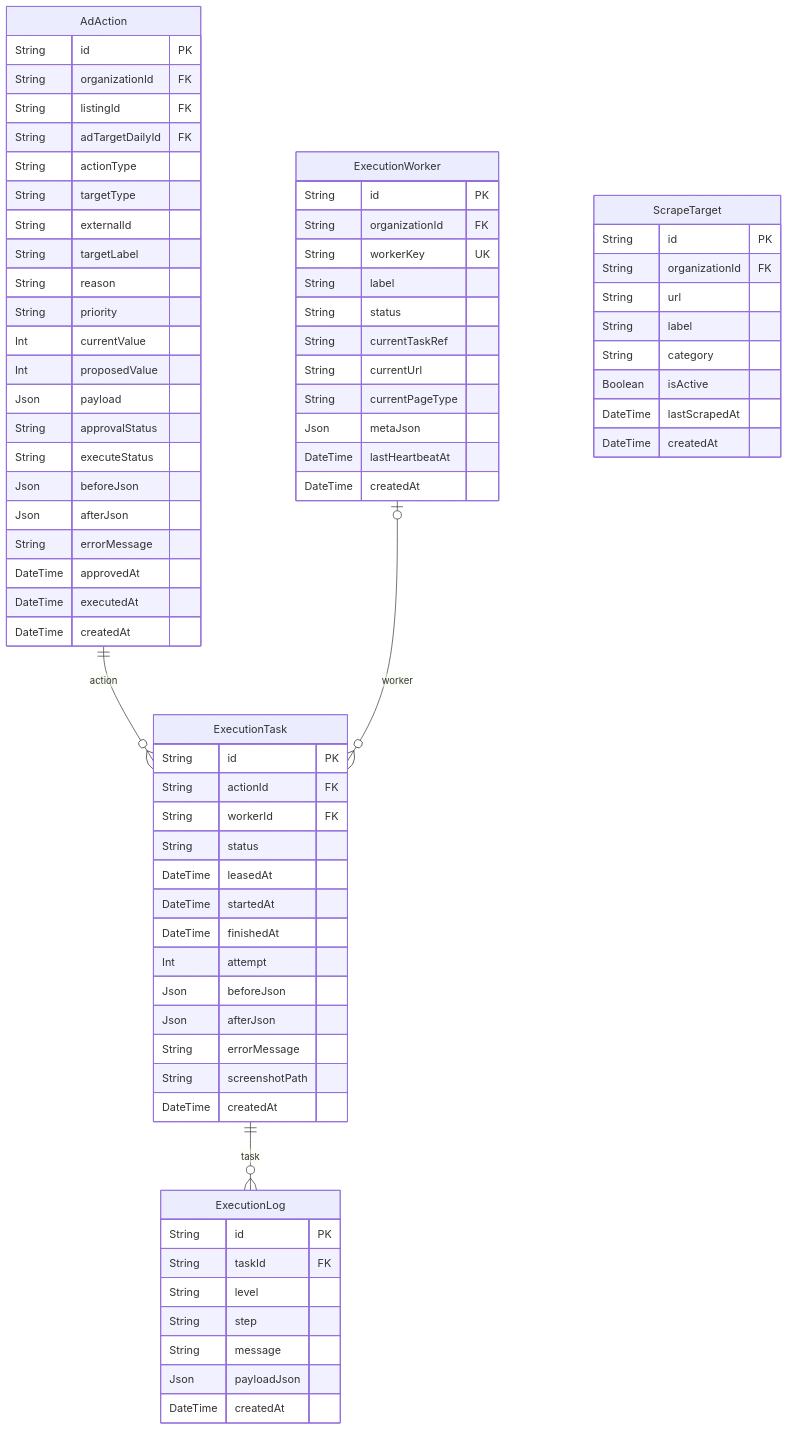
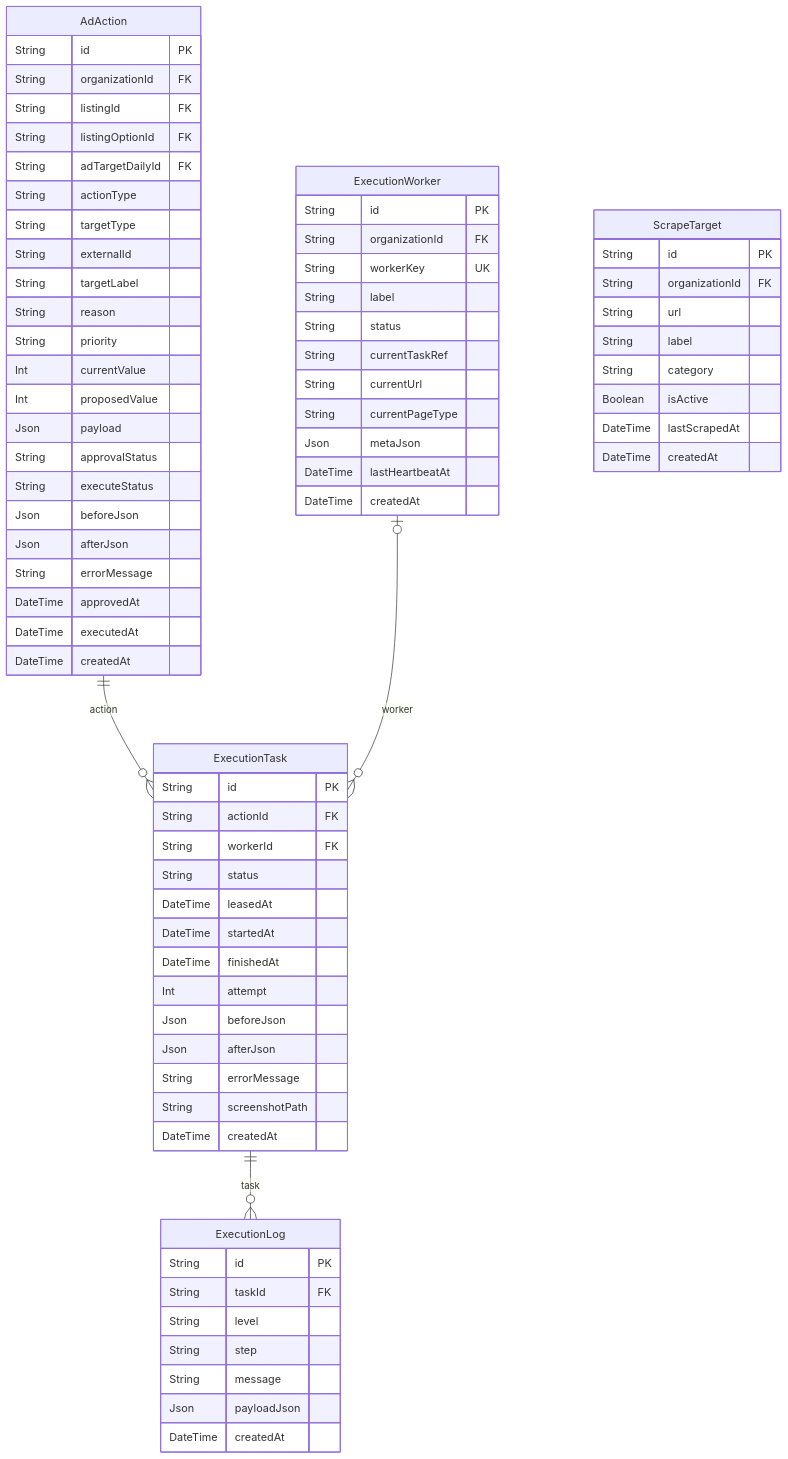
The diagram in docs/erd/advertising.md (AgentFoundry-Labs/kiditem), drawn with Mermaid before and after one commit. The commit also changed other lines of this file and 55 other files, not shown here.

````diff
--- a/docs/erd/advertising.md
+++ b/docs/erd/advertising.md
@@ -20,76 +20,77 @@
 ```mermaid
 erDiagram
   AdAction {
     String id PK
     String organizationId FK
     String listingId FK
+    String listingOptionId FK
     String adTargetDailyId FK
     String actionType
     String targetType
     String externalId
     String targetLabel
     String reason
     String priority
     Int currentValue
     Int proposedValue
     Json payload
     String approvalStatus
     String executeStatus
     Json beforeJson
     Json afterJson
     String errorMessage
     DateTime approvedAt
     DateTime executedAt
     DateTime createdAt
   }
   ExecutionLog {
     String id PK
     String taskId FK
     String level
     String step
     String message
     Json payloadJson
     DateTime createdAt
   }
   ExecutionTask {
     String id PK
     String actionId FK
     String workerId FK
     String status
     DateTime leasedAt
     DateTime startedAt
     DateTime finishedAt
     Int attempt
     Json beforeJson
     Json afterJson
     String errorMessage
     String screenshotPath
     DateTime createdAt
   }
   ExecutionWorker {
     String id PK
     String organizationId FK
     String workerKey UK
     String label
     String status
     String currentTaskRef
     String currentUrl
     String currentPageType
     Json metaJson
     DateTime lastHeartbeatAt
     DateTime createdAt
   }
   ScrapeTarget {
     String id PK
     String organizationId FK
     String url
     String label
     String category
     Boolean isActive
     DateTime lastScrapedAt
     DateTime createdAt
   }
   AdAction ||--o{ ExecutionTask : "action"
   ExecutionTask ||--o{ ExecutionLog : "task"
   ExecutionWorker o|--o{ ExecutionTask : "worker"
 ```
````
